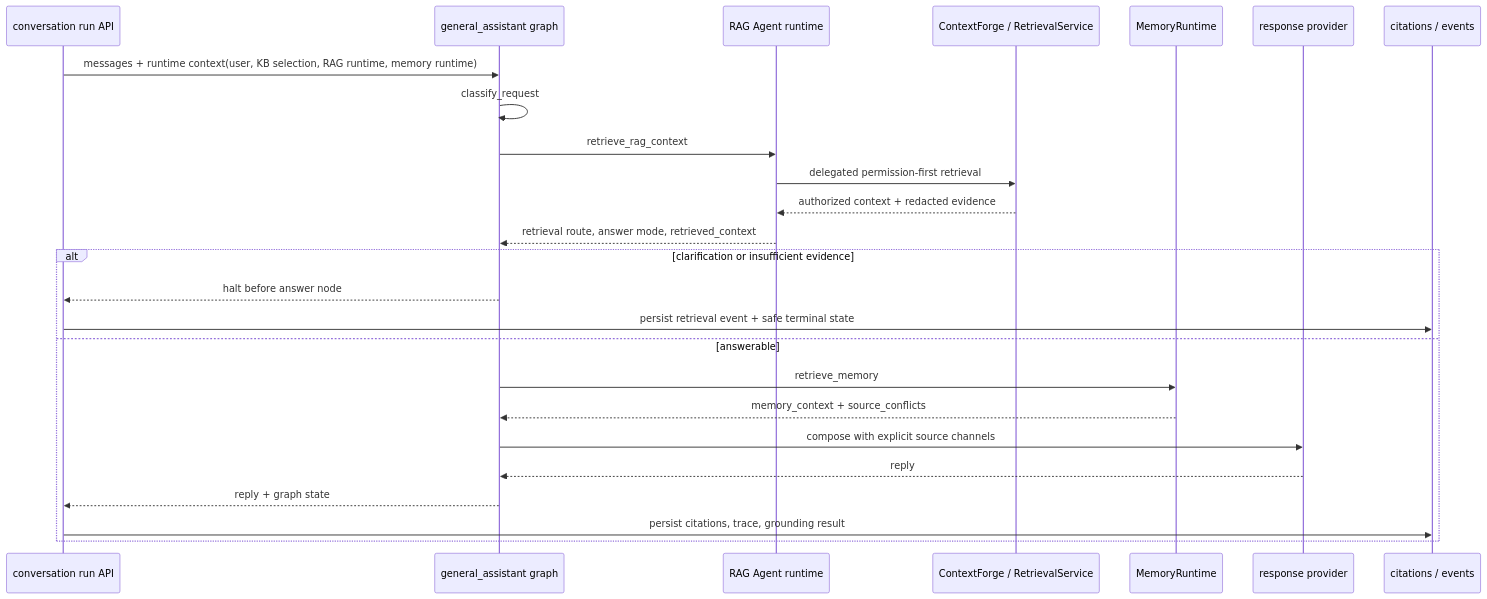
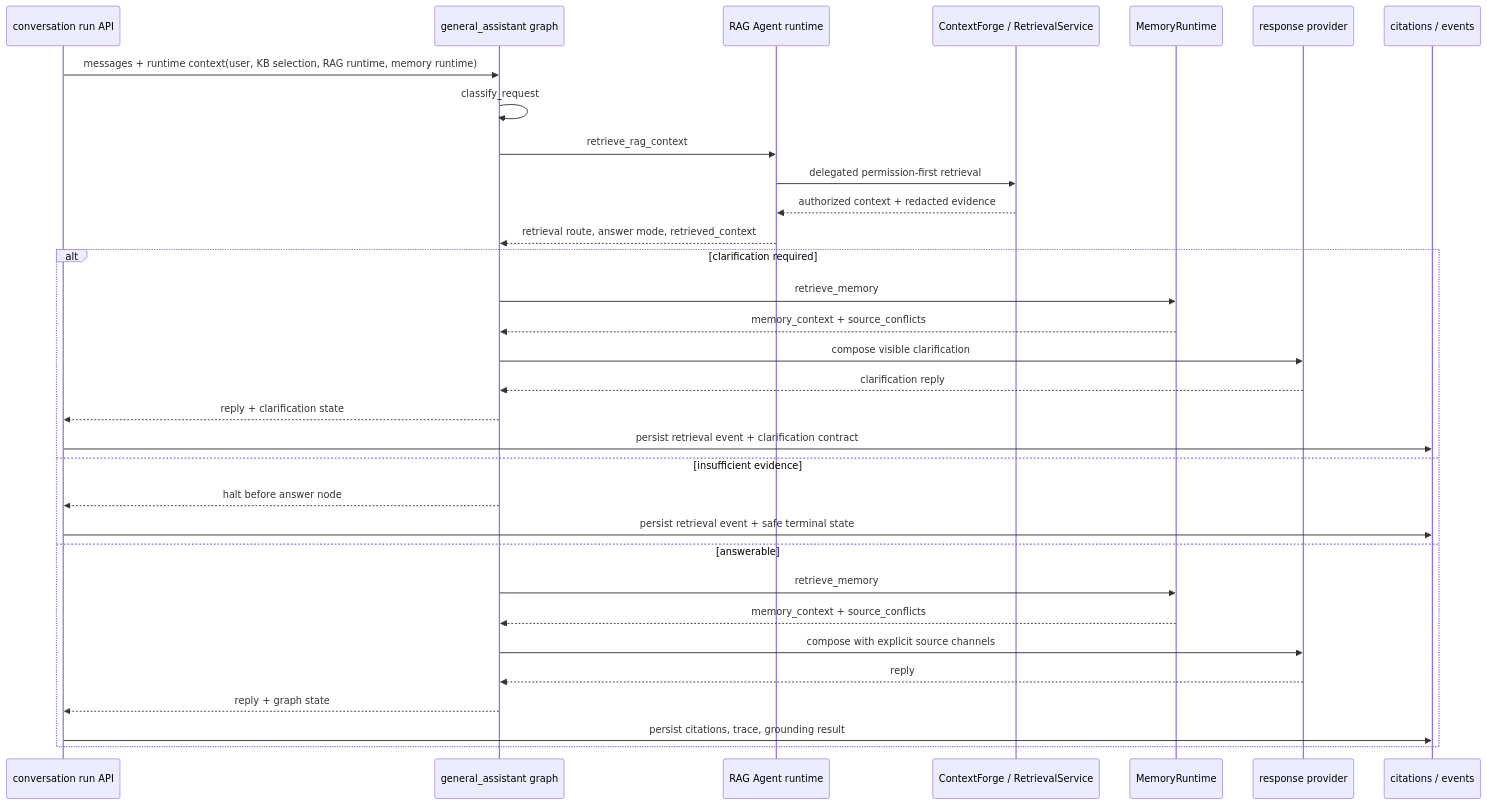
One commit to heecheon92/my-agents changed the second of 2 diagrams in my_agents/agents/general_assistant/README.en.md. Above: the diagram before and after it, drawn with Mermaid. The commit also changed other lines of this file and 13 other files, not shown here.

First line of the commit message:
Preserve visible assistant replies for RAG clarification

````diff
--- a/my_agents/agents/general_assistant/README.en.md
+++ b/my_agents/agents/general_assistant/README.en.md
@@ -68,28 +68,35 @@
 ```mermaid
 sequenceDiagram
     participant RunAPI as conversation run API
     participant Graph as general_assistant graph
     participant RAG as RAG Agent runtime
     participant Retrieval as ContextForge / RetrievalService
     participant Memory as MemoryRuntime
     participant Provider as response provider
     participant Events as citations / events
 
     RunAPI->>Graph: messages + runtime context(user, KB selection, RAG runtime, memory runtime)
     Graph->>Graph: classify_request
     Graph->>RAG: retrieve_rag_context
     RAG->>Retrieval: delegated permission-first retrieval
     Retrieval-->>RAG: authorized context + redacted evidence
     RAG-->>Graph: retrieval route, answer mode, retrieved_context
-    alt clarification or insufficient evidence
+    alt clarification required
+        Graph->>Memory: retrieve_memory
+        Memory-->>Graph: memory_context + source_conflicts
+        Graph->>Provider: compose visible clarification
+        Provider-->>Graph: clarification reply
+        Graph-->>RunAPI: reply + clarification state
+        RunAPI->>Events: persist retrieval event + clarification contract
+    else insufficient evidence
         Graph-->>RunAPI: halt before answer node
         RunAPI->>Events: persist retrieval event + safe terminal state
     else answerable
         Graph->>Memory: retrieve_memory
         Memory-->>Graph: memory_context + source_conflicts
         Graph->>Provider: compose with explicit source channels
         Provider-->>Graph: reply
         Graph-->>RunAPI: reply + graph state
         RunAPI->>Events: persist citations, trace, grounding result
     end
 ```
````
